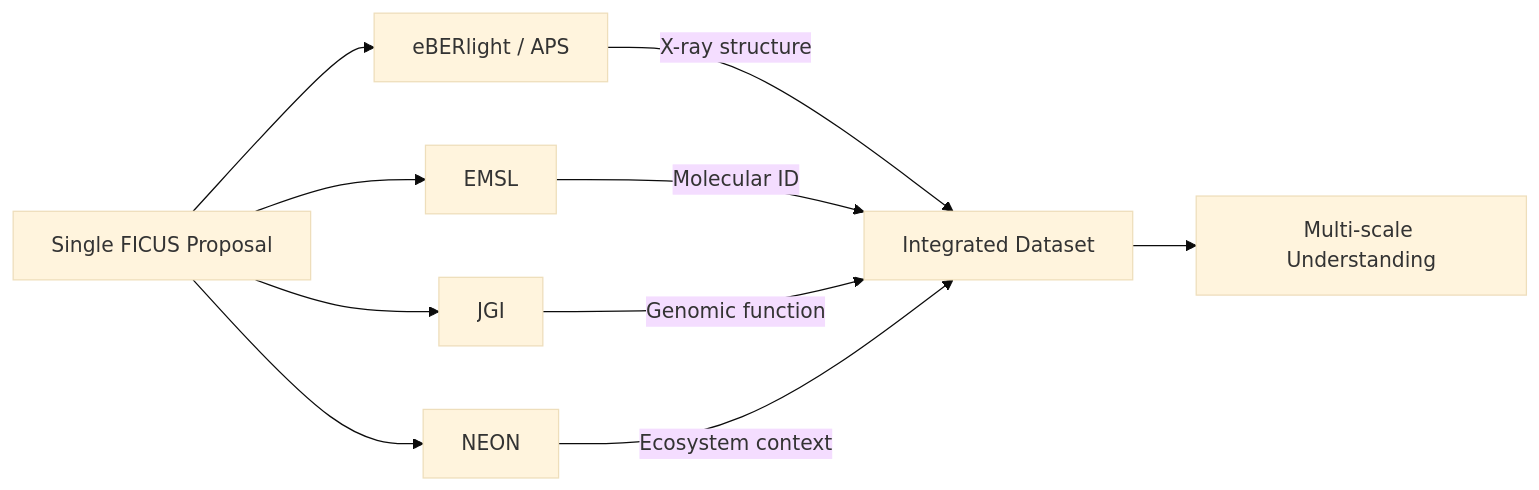
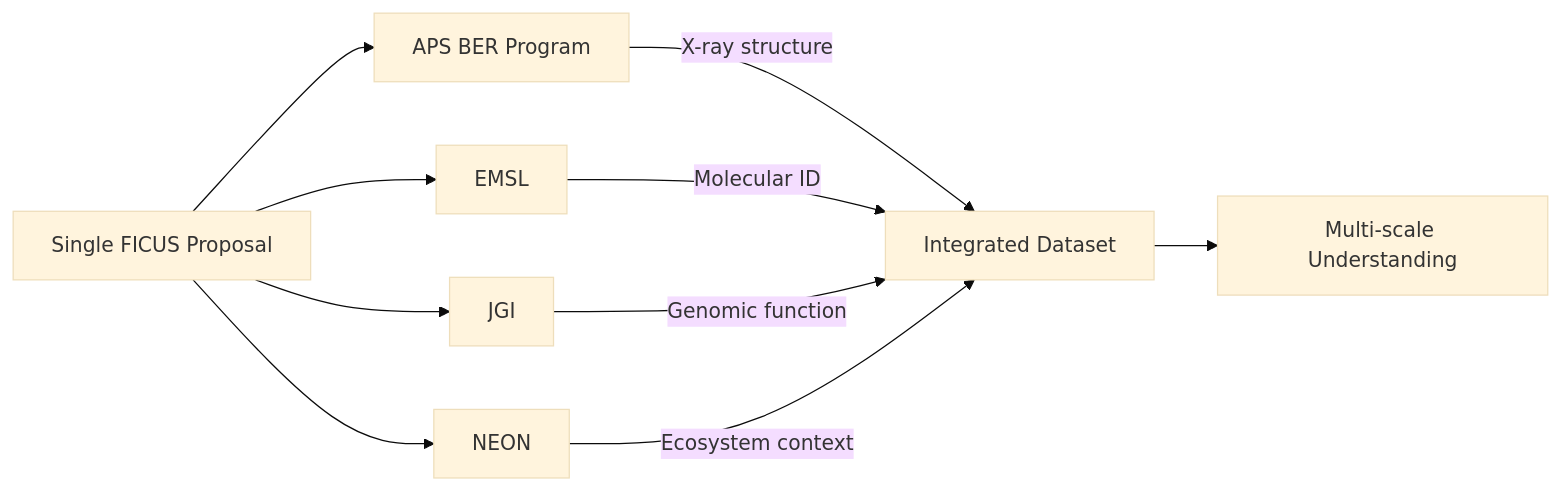
One commit to Denny-Hwang/synchrotron-data-analysis-notes changed the diagram in 01_program_overview/partner_facilities.md. Above: the diagram before and after it, drawn with Mermaid (base theme). The commit also changed other lines of this file and 55 other files, not shown here.

````diff
--- a/01_program_overview/partner_facilities.md
+++ b/01_program_overview/partner_facilities.md
@@ -180,14 +180,14 @@
 ```mermaid
 graph LR
-    A[Single FICUS Proposal] --> B[eBERlight / APS]
+    A[Single FICUS Proposal] --> B[APS BER Program]
     A --> C[EMSL]
     A --> D[JGI]
     A --> E[NEON]
 
     B -->|X-ray structure| F[Integrated Dataset]
     C -->|Molecular ID| F
     D -->|Genomic function| F
     E -->|Ecosystem context| F
 
     F --> G[Multi-scale Understanding]
 ```
````
